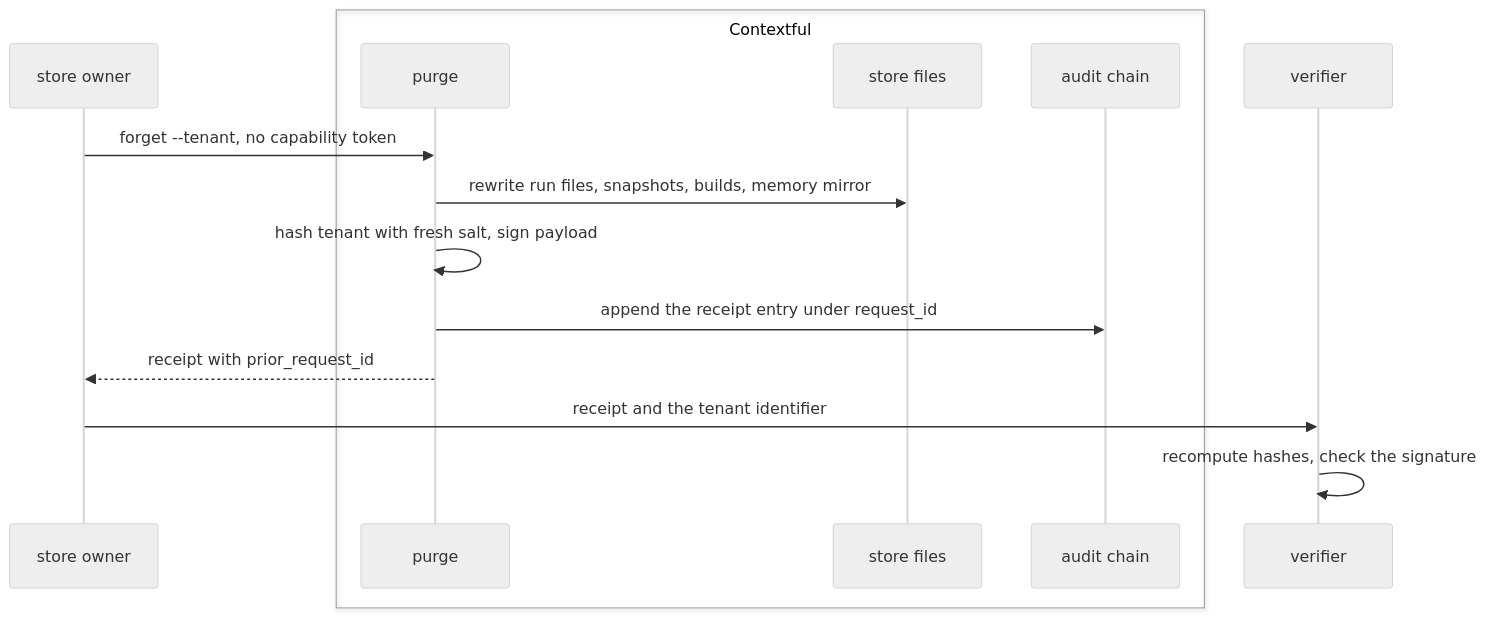
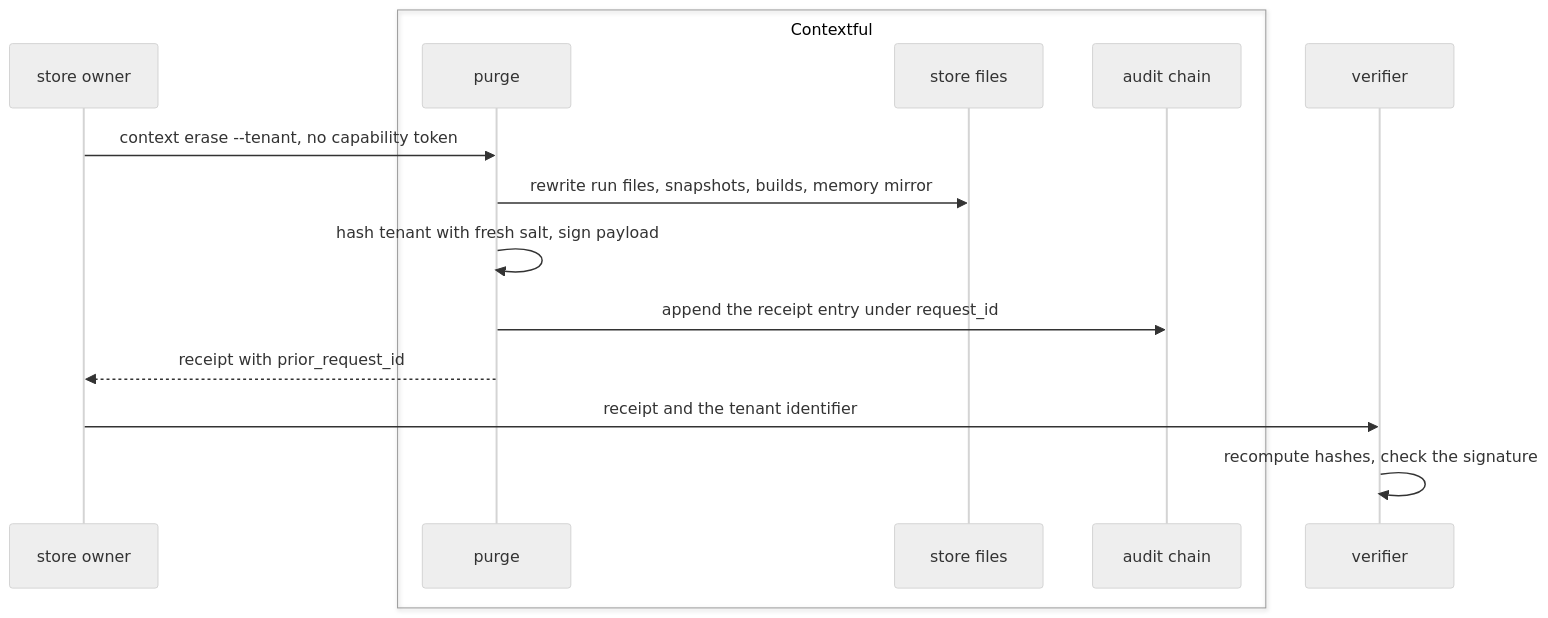
The fourth of 5 diagrams in spec/62-accountability.md (fractalboxdev/contextful), drawn with Mermaid (neutral theme) before and after one commit. The commit also changed other lines of this file and 15 other files, not shown here.

````diff
--- a/spec/62-accountability.md
+++ b/spec/62-accountability.md
@@ -291,17 +297,17 @@
 ```mermaid
 sequenceDiagram
     participant O as store owner
     box Contextful
         participant P as purge
         participant S as store files
         participant L as audit chain
     end
     participant V as verifier
-    O->>P: forget --tenant, no capability token
+    O->>P: context erase --tenant, no capability token
     P->>S: rewrite run files, snapshots, builds, memory mirror
     P->>P: hash tenant with fresh salt, sign payload
     P->>L: append the receipt entry under request_id
     P-->>O: receipt with prior_request_id
     O->>V: receipt and the tenant identifier
     V->>V: recompute hashes, check the signature
 ```
````
